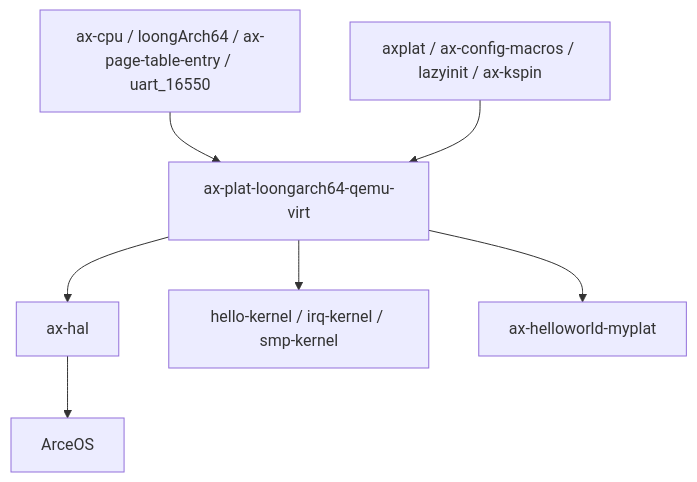
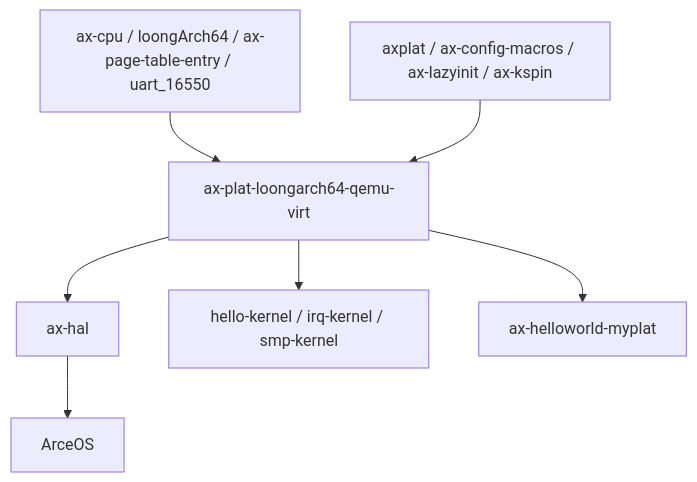
Before and after one commit to zKurisu/tgoskits: the second of 2 diagrams in docs/crates/ax-plat-loongarch64-qemu-virt.md, drawn with Mermaid. The commit also changed other lines of this file and 72 other files, not shown here.

````diff
--- a/docs/crates/ax-plat-loongarch64-qemu-virt.md
+++ b/docs/crates/ax-plat-loongarch64-qemu-virt.md
@@ -189,9 +189,9 @@
 ```mermaid
 graph TD
     A[ax-cpu / loongArch64 / ax-page-table-entry / uart_16550] --> B[ax-plat-loongarch64-qemu-virt]
-    C[axplat / ax-config-macros / lazyinit / ax-kspin] --> B
+    C[axplat / ax-config-macros / ax-lazyinit / ax-kspin] --> B
     B --> D[ax-hal]
     B --> E[hello-kernel / irq-kernel / smp-kernel]
     B --> F[ax-helloworld-myplat]
     D --> G[ArceOS]
 ```
````
